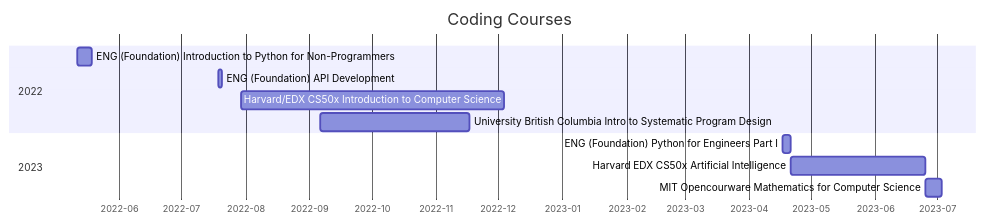
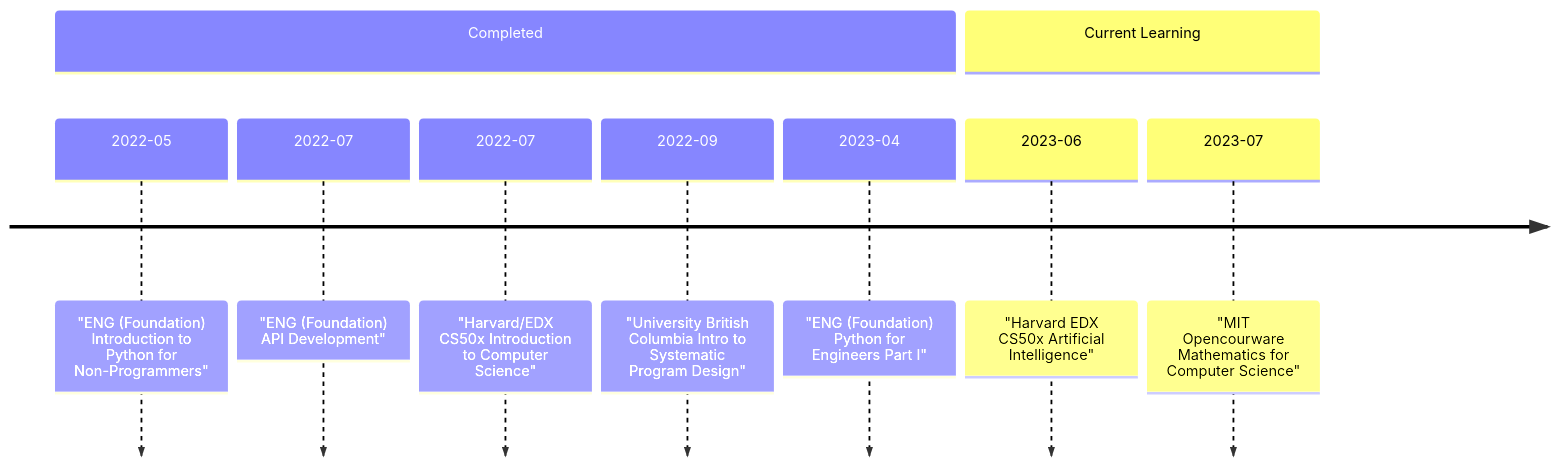
Before and after one commit to CodyCardinal/My-Learning-Journey: the diagram in README.md, drawn with Mermaid.

Commit message:
Update README.md
Mermaid CHARTS ARE SICK
Ref: https://mermaid.js.org/syntax/timeline.html

````diff
--- a/README.md
+++ b/README.md
@@ -3,18 +3,12 @@
 ```mermaid
-gantt
-    title Coding Courses
-
-    dateFormat YYYY-MM-DD
-    axisFormat %Y-%m
-
-section 2022
-ENG (Foundation) Introduction to Python for Non-Programmers: 2022-05-12, 2022-05-19
-ENG (Foundation) API Development: 2022-07-19, 2022-07-21
-Harvard/EDX CS50x Introduction to Computer Science: 2022-07-30, 2022-12-04
-University British Columbia Intro to Systematic Program Design: 2022-09-06, 2022-11-17
-
-section 2023
-ENG (Foundation) Python for Engineers Part I: 2023-04-17, 2023-04-21
-Harvard EDX CS50x Artificial Intelligence: 2023-06-25
-MIT Opencourware Mathematics for Computer Science: 2023-07-03
+timeline
+section Completed
+2022-05: "ENG (Foundation) Introduction to Python for Non-Programmers"
+2022-07: "ENG (Foundation) API Development"
+2022-07: "Harvard/EDX CS50x Introduction to Computer Science"
+2022-09: "University British Columbia Intro to Systematic Program Design"
+2023-04: "ENG (Foundation) Python for Engineers Part I"
+section Current Learning
+2023-06: "Harvard EDX CS50x Artificial Intelligence"
+2023-07: "MIT Opencourware Mathematics for Computer Science"
 ```
````
